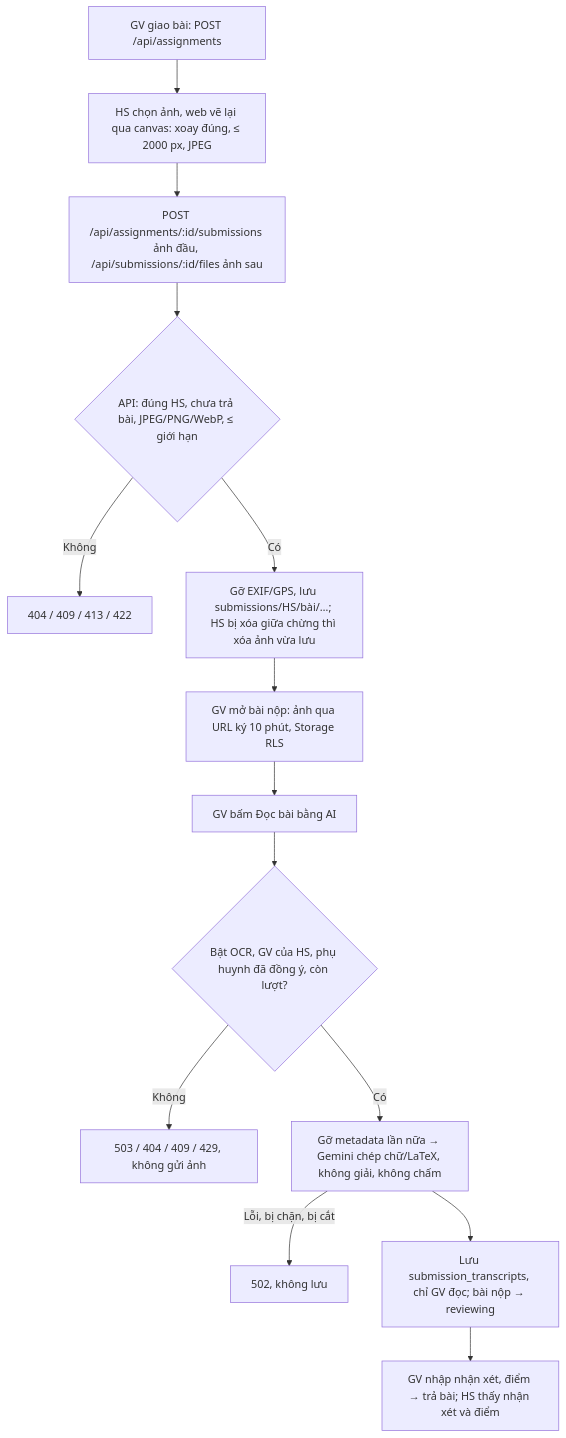
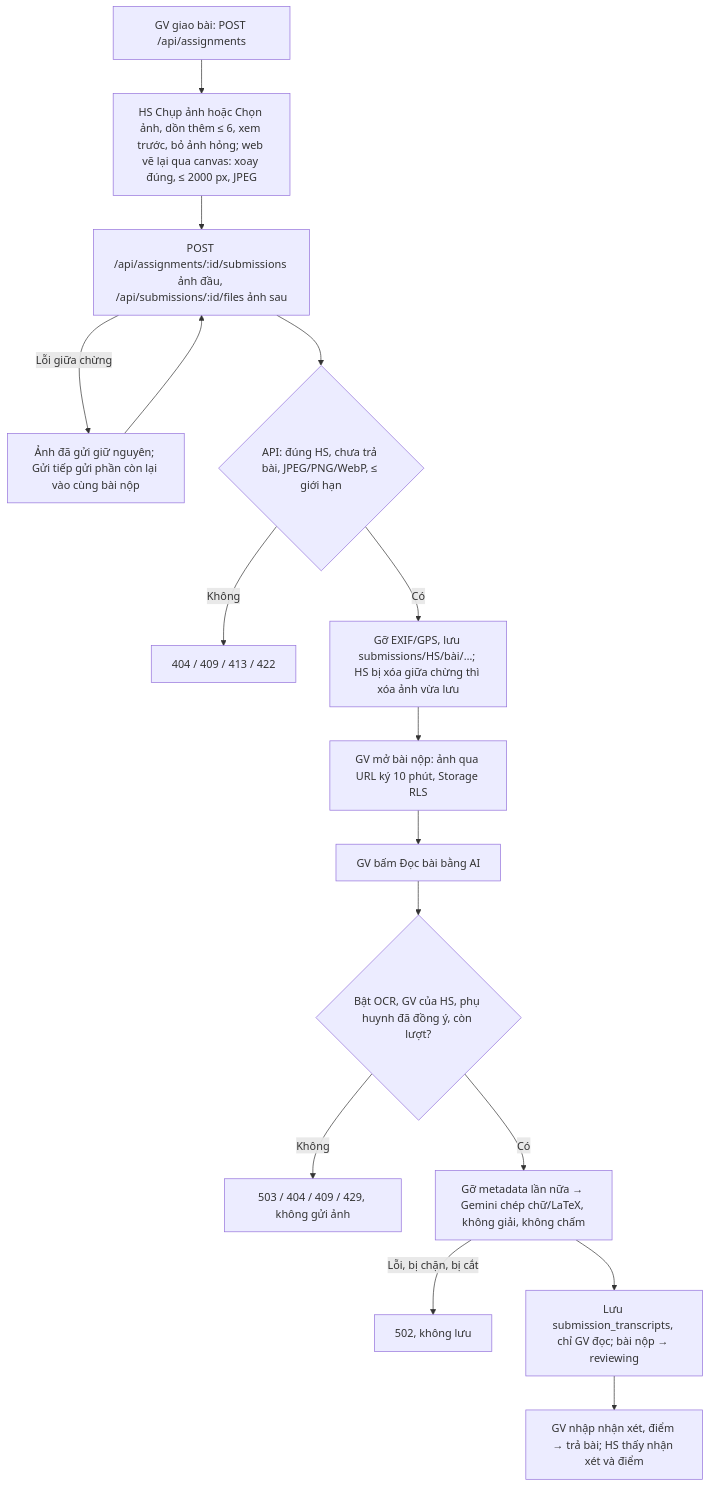
Before and after one commit to TrungTuyenDo02/Web_teaching_online: diagram 19 of 21 in docs/flows.md, drawn with Mermaid. The commit also changed other lines of this file and 15 other files, not shown here.

First line of the commit message:
Bot hỗ trợ, chấm bài theo hàng chờ, nộp bài nhiều ảnh, ưu tiên tiếng nói và chỉnh giao diện điện thoại/tablet

````diff
--- a/docs/flows.md
+++ b/docs/flows.md
@@ -490,16 +491,18 @@
 ```mermaid
 flowchart TD
-  A[GV giao bài: POST /api/assignments] --> B[HS chọn ảnh, web vẽ lại qua canvas: xoay đúng, ≤ 2000 px, JPEG]
+  A[GV giao bài: POST /api/assignments] --> B[HS Chụp ảnh hoặc Chọn ảnh, dồn thêm ≤ 6, xem trước, bỏ ảnh hỏng; web vẽ lại qua canvas: xoay đúng, ≤ 2000 px, JPEG]
   B --> C[POST /api/assignments/:id/submissions ảnh đầu, /api/submissions/:id/files ảnh sau]
+  C -->|Lỗi giữa chừng| C2[Ảnh đã gửi giữ nguyên; Gửi tiếp gửi phần còn lại vào cùng bài nộp]
+  C2 --> C
   C --> D{API: đúng HS, chưa trả bài, JPEG/PNG/WebP, ≤ giới hạn}
   D -->|Không| X[404 / 409 / 413 / 422]
   D -->|Có| E[Gỡ EXIF/GPS, lưu submissions/HS/bài/…; HS bị xóa giữa chừng thì xóa ảnh vừa lưu]
   E --> F[GV mở bài nộp: ảnh qua URL ký 10 phút, Storage RLS]
   F --> G[GV bấm Đọc bài bằng AI]
   G --> H{Bật OCR, GV của HS, phụ huynh đã đồng ý, còn lượt?}
   H -->|Không| Y[503 / 404 / 409 / 429, không gửi ảnh]
   H -->|Có| I[Gỡ metadata lần nữa → Gemini chép chữ/LaTeX, không giải, không chấm]
   I -->|Lỗi, bị chặn, bị cắt| Z[502, không lưu]
   I --> J[Lưu submission_transcripts, chỉ GV đọc; bài nộp → reviewing]
   J --> K[GV nhập nhận xét, điểm → trả bài; HS thấy nhận xét và điểm]
 ```
````
